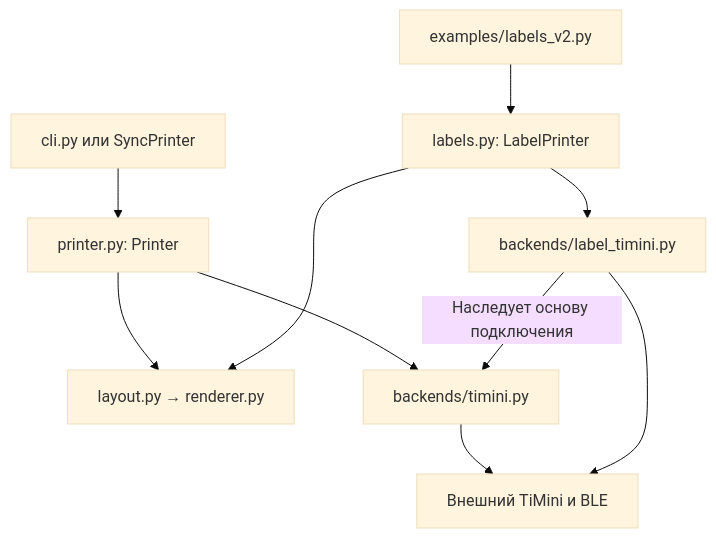
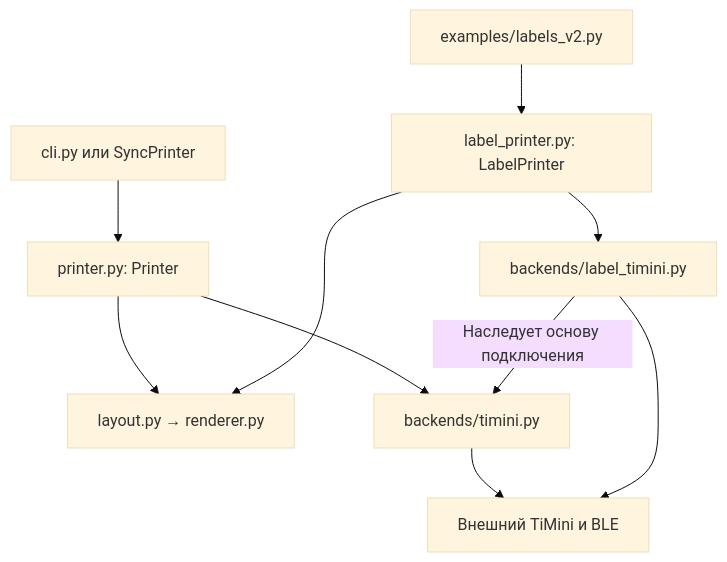
The first of 2 diagrams in README.md (limbura/CyberpunkIdPrinter), drawn with Mermaid (base theme) before and after one commit.

Commit message:
Fix label printer reference in flowchart

````diff
--- a/README.md
+++ b/README.md
@@ -308,12 +308,12 @@
 ```mermaid
 flowchart TD
     C["cli.py или SyncPrinter"] --> P["printer.py: Printer"]
-    E["examples/labels_v2.py"] --> L["labels.py: LabelPrinter"]
+    E["examples/labels_v2.py"] --> L["label_printer.py: LabelPrinter"]
     P --> R["layout.py → renderer.py"]
     L --> R
     P --> T["backends/timini.py"]
     L --> B["backends/label_timini.py"]
     B -->|"Наследует основу подключения"| T
     T --> X["Внешний TiMini и BLE"]
     B --> X
 ```
````
